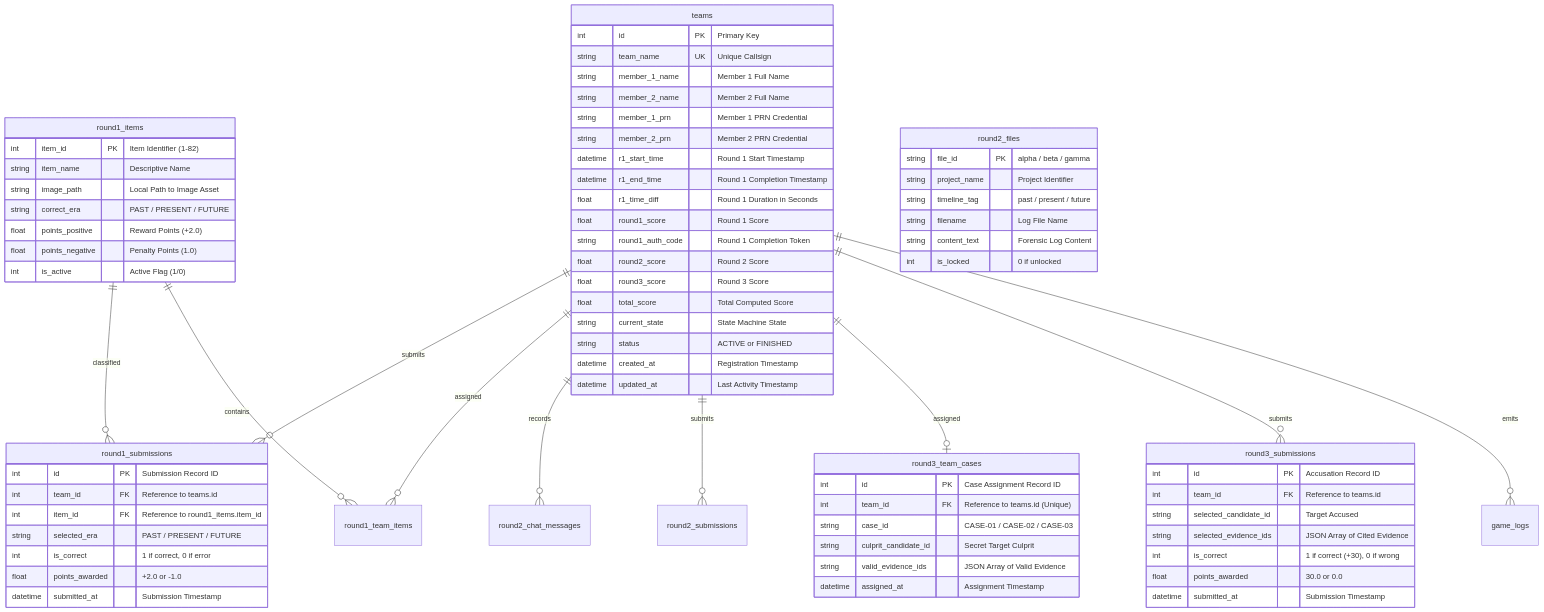
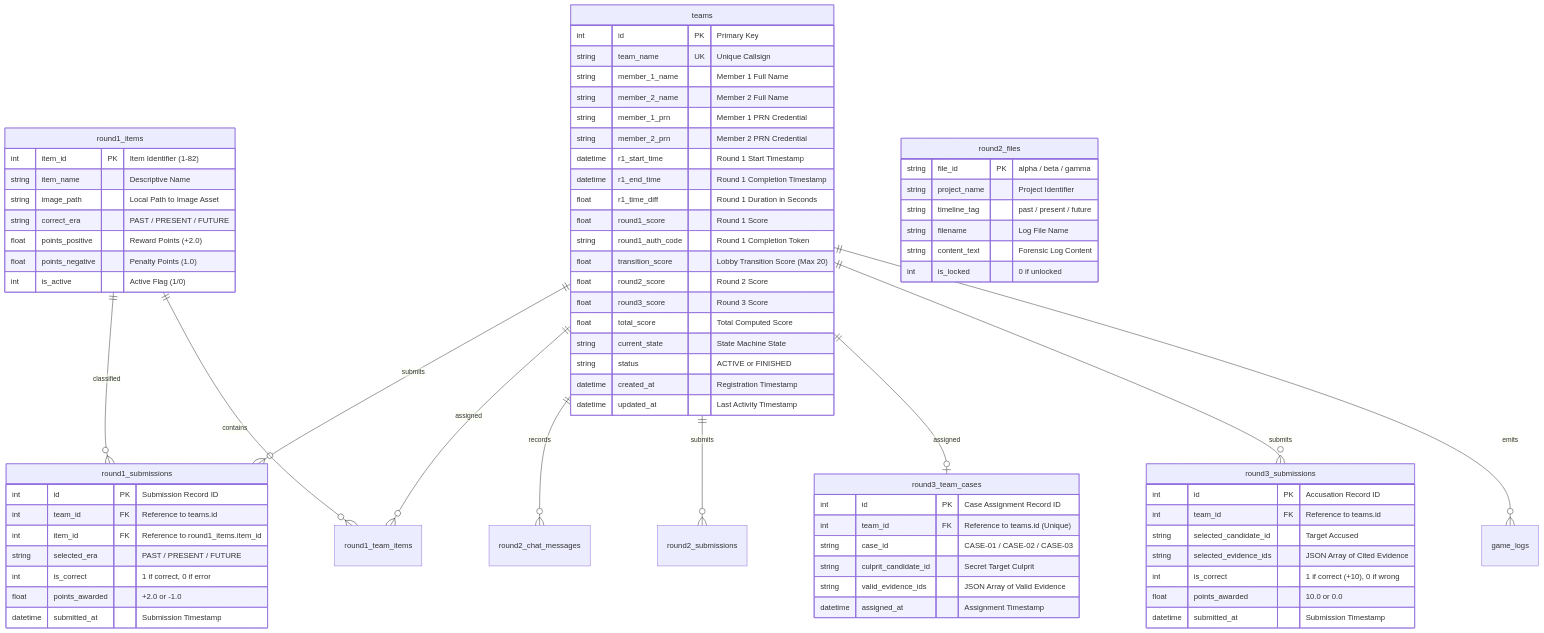
Before and after one commit to aditi-mundra/Project-Chronos: the diagram in docs/unified.md, drawn with Mermaid. The commit also changed other lines of this file and 25 other files, not shown here.

Commit message:
fix: Database totalling, rounds and display of Lobby Score

````diff
--- a/docs/unified.md
+++ b/docs/unified.md
@@ -231,81 +238,82 @@
 ```mermaid
 erDiagram
     teams ||--o{ round1_submissions : "submits"
     teams ||--o{ round1_team_items : "assigned"
     teams ||--o{ round2_chat_messages : "records"
     teams ||--o{ round2_submissions : "submits"
     teams ||--o| round3_team_cases : "assigned"
     teams ||--o{ round3_submissions : "submits"
     teams ||--o{ game_logs : "emits"
     round1_items ||--o{ round1_submissions : "classified"
     round1_items ||--o{ round1_team_items : "contains"
 
     teams {
         int id PK "Primary Key"
         string team_name UK "Unique Callsign"
         string member_1_name "Member 1 Full Name"
         string member_2_name "Member 2 Full Name"
         string member_1_prn "Member 1 PRN Credential"
         string member_2_prn "Member 2 PRN Credential"
         datetime r1_start_time "Round 1 Start Timestamp"
         datetime r1_end_time "Round 1 Completion Timestamp"
         float r1_time_diff "Round 1 Duration in Seconds"
         float round1_score "Round 1 Score"
         string round1_auth_code "Round 1 Completion Token"
+        float transition_score "Lobby Transition Score (Max 20)"
         float round2_score "Round 2 Score"
         float round3_score "Round 3 Score"
         float total_score "Total Computed Score"
         string current_state "State Machine State"
         string status "ACTIVE or FINISHED"
         datetime created_at "Registration Timestamp"
         datetime updated_at "Last Activity Timestamp"
     }
 
     round1_items {
         int item_id PK "Item Identifier (1-82)"
         string item_name "Descriptive Name"
         string image_path "Local Path to Image Asset"
         string correct_era "PAST / PRESENT / FUTURE"
         float points_positive "Reward Points (+2.0)"
         float points_negative "Penalty Points (1.0)"
         int is_active "Active Flag (1/0)"
     }
 
     round1_submissions {
         int id PK "Submission Record ID"
         int team_id FK "Reference to teams.id"
         int item_id FK "Reference to round1_items.item_id"
         string selected_era "PAST / PRESENT / FUTURE"
         int is_correct "1 if correct, 0 if error"
         float points_awarded "+2.0 or -1.0"
         datetime submitted_at "Submission Timestamp"
     }
 
     round2_files {
         string file_id PK "alpha / beta / gamma"
         string project_name "Project Identifier"
         string timeline_tag "past / present / future"
         string filename "Log File Name"
         string content_text "Forensic Log Content"
         int is_locked "0 if unlocked"
     }
 
     round3_team_cases {
         int id PK "Case Assignment Record ID"
         int team_id FK "Reference to teams.id (Unique)"
         string case_id "CASE-01 / CASE-02 / CASE-03"
         string culprit_candidate_id "Secret Target Culprit"
         string valid_evidence_ids "JSON Array of Valid Evidence"
         datetime assigned_at "Assignment Timestamp"
     }
 
     round3_submissions {
         int id PK "Accusation Record ID"
         int team_id FK "Reference to teams.id"
         string selected_candidate_id "Target Accused"
         string selected_evidence_ids "JSON Array of Cited Evidence"
-        int is_correct "1 if correct (+30), 0 if wrong"
-        float points_awarded "30.0 or 0.0"
+        int is_correct "1 if correct (+10), 0 if wrong"
+        float points_awarded "10.0 or 0.0"
         datetime submitted_at "Submission Timestamp"
     }
 ```
````
